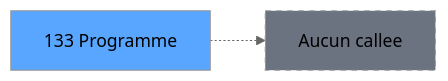
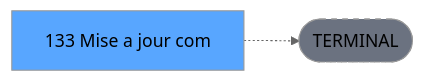
The third of 3 diagrams in .openspec/renders/ADH-IDE-133.md (thonyAGP/lecteur-magic), drawn with Mermaid (neutral theme) before and after one commit. The commit also changed other lines of this file and 701 other files, not shown here.

````diff
--- a/.openspec/renders/ADH-IDE-133.md
+++ b/.openspec/renders/ADH-IDE-133.md
@@ -157,8 +139,8 @@
 ```mermaid
 graph LR
-    T[133 Programme]
-    NONE[Aucun callee]
-    T -.-> NONE
+    T[133 Mise a jour com]
+    TERM([TERMINAL])
+    T -.-> TERM
+    style TERM fill:#6b7280,stroke-dasharray: 5 5
     style T fill:#58a6ff,color:#000
-    style NONE fill:#6b7280,stroke-dasharray: 5 5
 ```
````
